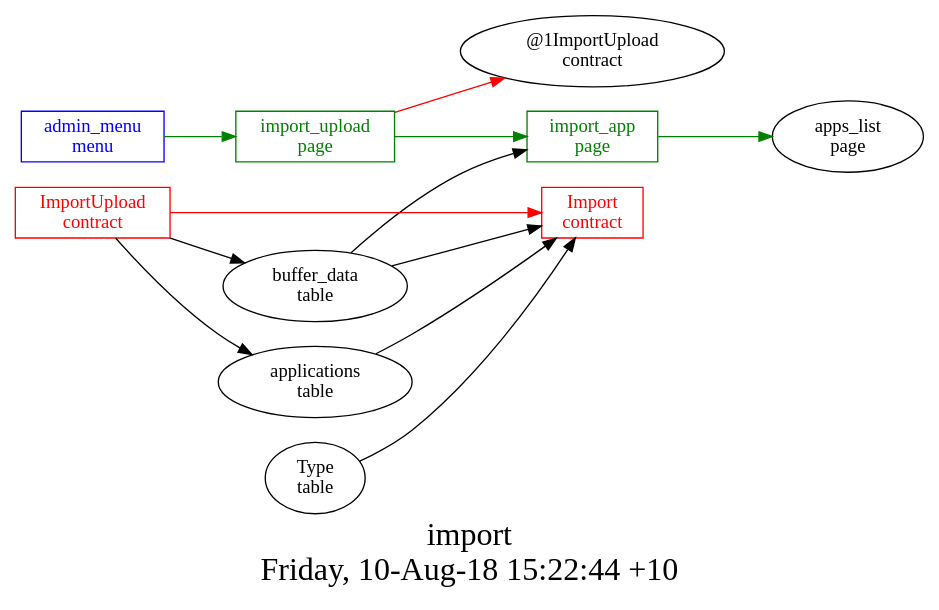
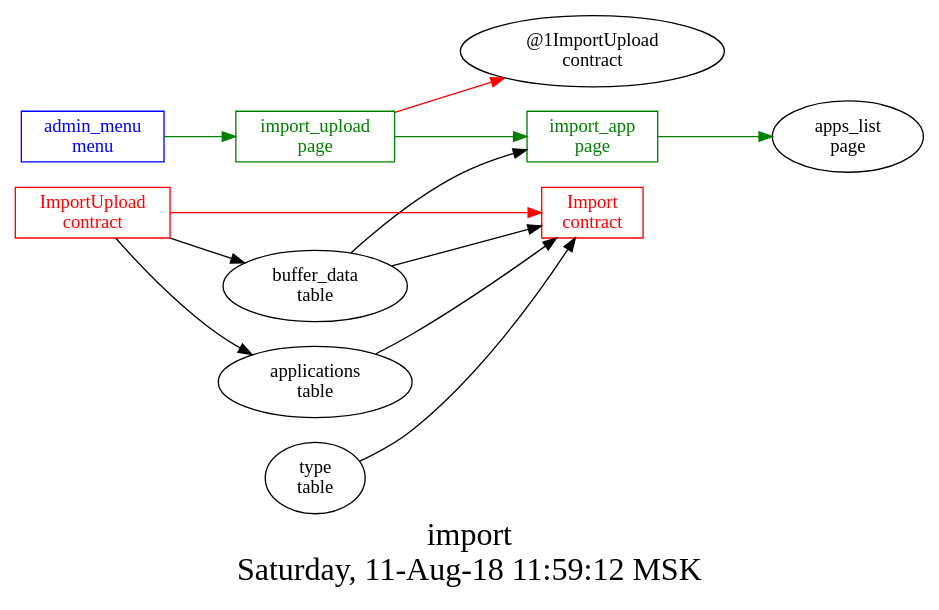
Before and after one commit to AplaProject/apps: the diagram in src/import/struct.dot, drawn with Graphviz. The commit also changed 4 other files, not shown here.

```diff
--- a/src/import/struct.dot
+++ b/src/import/struct.dot
@@ -1,24 +1,26 @@
 digraph G {
-fontsize="24";
-label="import\nFriday, 10-Aug-18 15:22:44 +10";
-nojustify=true;
-ordering=out;
-rankdir=LR;
-size="30";
+graph [
+  fontsize="24";
+  label="import\nSaturday, 11-Aug-18 11:59:12 MSK";
+  nojustify=true;
+  ordering=out;
+  rankdir=LR;
+  size="30";
+];
 "admin_menu\nmenu" -> "import_upload\npage"  [ color=green ]
 "admin_menu\nmenu" [color=blue, fontcolor=blue, group=menus, shape=record];
 "buffer_data\ntable" -> "import_app\npage"
 "import_app\npage" -> "apps_list\npage"  [ color=green ]
 "import_app\npage" [color=green, fontcolor=green, group=pages, shape=record];
 "import_upload\npage" -> "@1ImportUpload\ncontract"  [ color=red ]
 "import_upload\npage" -> "import_app\npage"  [ color=green ]
 "import_upload\npage" [color=green, fontcolor=green, group=pages, shape=record];
 "buffer_data\ntable" -> "Import\ncontract"
 "applications\ntable" -> "Import\ncontract"
-"Type\ntable" -> "Import\ncontract"
+"type\ntable" -> "Import\ncontract"
 "Import\ncontract" [color=red, fontcolor=red, group=contracts, shape=record];
 "ImportUpload\ncontract" -> "Import\ncontract"  [ color=red ]
 "ImportUpload\ncontract" -> "buffer_data\ntable"  [ color="" ]
 "ImportUpload\ncontract" -> "applications\ntable"  [ color="" ]
 "ImportUpload\ncontract" [color=red, fontcolor=red, group=contracts, shape=record];
 }
```
